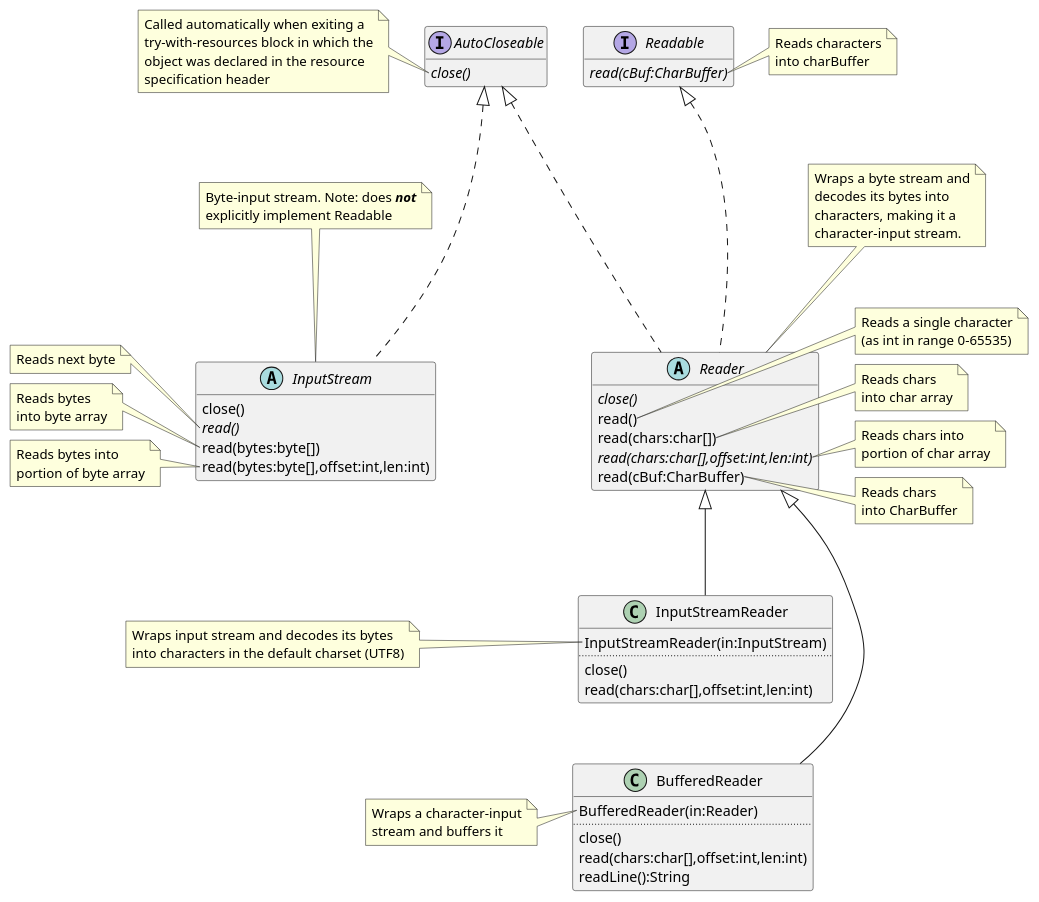
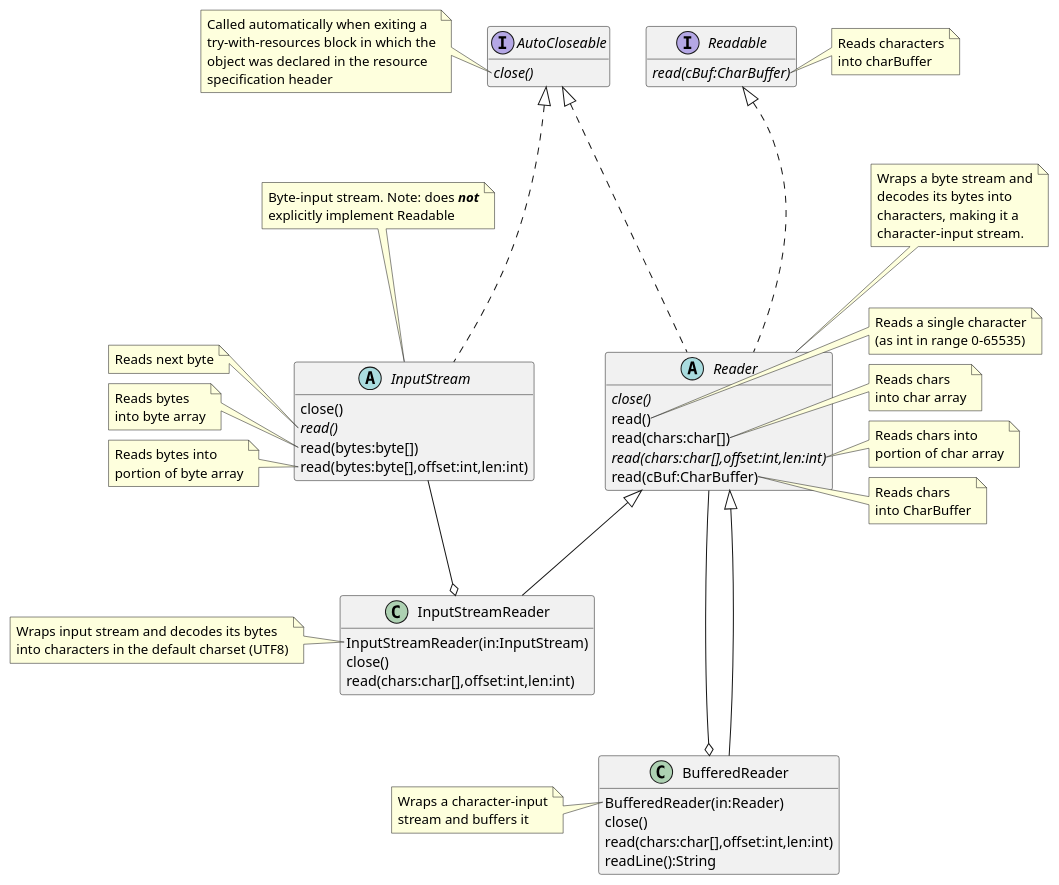
Before and after one commit to dtuinstr/SocketDemo: the diagram in uml/InputStream.puml, drawn with PlantUML.

Commit message:
Add aggregation relationships.

```diff
--- a/uml/InputStream.puml
+++ b/uml/InputStream.puml
@@ -1,149 +1,151 @@
 @startuml
 'https://plantuml.com/class-diagram
 
 'Make public/private/etc show up as character rather than colored circle.
 skinparam classAttributeIconSize 0
+
+hide empty members
 
 'interface Closeable {
 '    close()
 '}
 'note left of Closeable::close()
 '    Releases resources the object is
 '    holding (such as open files)
 'end note
 
 interface AutoCloseable {
     {abstract} close()
 }
 note left of AutoCloseable::close()
     Called automatically when exiting a
     try-with-resources block in which the
     object was declared in the resource
     specification header
 end note
 
 interface Readable {
     {abstract} read(cBuf:CharBuffer)
 }
 note right of Readable::read(cBuf:CharBuffer)
     Reads characters
     into charBuffer
 end note
 
 abstract class InputStream {
 '    InputStream()
 '    ..
     close()
     {abstract} read()
     read(bytes:byte[])
     read(bytes:byte[],offset:int,len:int)
 }
 note top of InputStream
     Byte-input stream. Note: does <b><i>not</i></b>
     explicitly implement Readable
 end note
 note left of InputStream::read()
     Reads next byte
 end note
 note left of InputStream::read(bytes:byte[])
     Reads bytes
     into byte array
 end note
 note left of InputStream::read(bytes:byte[],offset:int,len:int)
     Reads bytes into
     portion of byte array
 end note
 
 abstract class Reader {
 '    Reader()
 '    ..
     {abstract} close()
     read()
     read(chars:char[])
     {abstract} read(chars:char[],offset:int,len:int)
     read(cBuf:CharBuffer)
 }
 note top of Reader
     Wraps a byte stream and
     decodes its bytes into
     characters, making it a
     character-input stream.
 end note
 note right of Reader::read()
     Reads a single character
     (as int in range 0-65535)
 end note
 note right of Reader::read(chars:char[])
     Reads chars
     into char array
 end note
 note right of Reader::read(chars:char[],offset:int,len:int)
     Reads chars into
     portion of char array
 end note
 note right of Reader::read(cBuf:CharBuffer)
     Reads chars
     into CharBuffer
 end note
 
 class InputStreamReader {
     InputStreamReader(in:InputStream)
-    ..
     close()
 '    read()
     read(chars:char[],offset:int,len:int)
 }
 note left of InputStreamReader::InputStreamReader(in:InputStream)
     Wraps input stream and decodes its bytes
     into characters in the default charset (UTF8)
 end note
 'note left of InputStreamReader::read()
 '    Reads a single character
 'end note
 'note left of InputStreamReader::read(chars:char[],offset:int,len:int)
 '    Reads characters into portion of char array
 'end note
 
 class BufferedReader {
     BufferedReader(in:Reader)
-    ..
     close()
     read(chars:char[],offset:int,len:int)
     readLine():String
 }
 note left of BufferedReader::BufferedReader(in:Reader)
     Wraps a character-input
     stream and buffers it
 end note
 
 'Force AutoCloseable and Readable to same layer
 AutoCloseable -[hidden] Readable
 
 'Push InputStream down a layer
 AutoCloseable --[hidden] Spacer1
 Spacer1 --[hidden] InputStream
 hide Spacer1
 
 AutoCloseable <|.. InputStream
 AutoCloseable <|.. Reader
 
 'Push Reader down a layer
 Readable --[hidden] Spacer2
 Spacer2 --[hidden] Reader
 hide Spacer2
 
 Readable <|.. Reader
 
 Reader <|-- InputStreamReader
 
-'InputStreamReader o-- InputStream
 'Stack InputStreamReader above BufferedReader
 Reader --[hidden] Spacer3
 Spacer3 --[hidden] BufferedReader
 hide Spacer3
 
+InputStream --o InputStreamReader
+Reader --o BufferedReader
 Reader <|-- BufferedReader
 
-hide empty members
+
+
 
 @enduml
```
